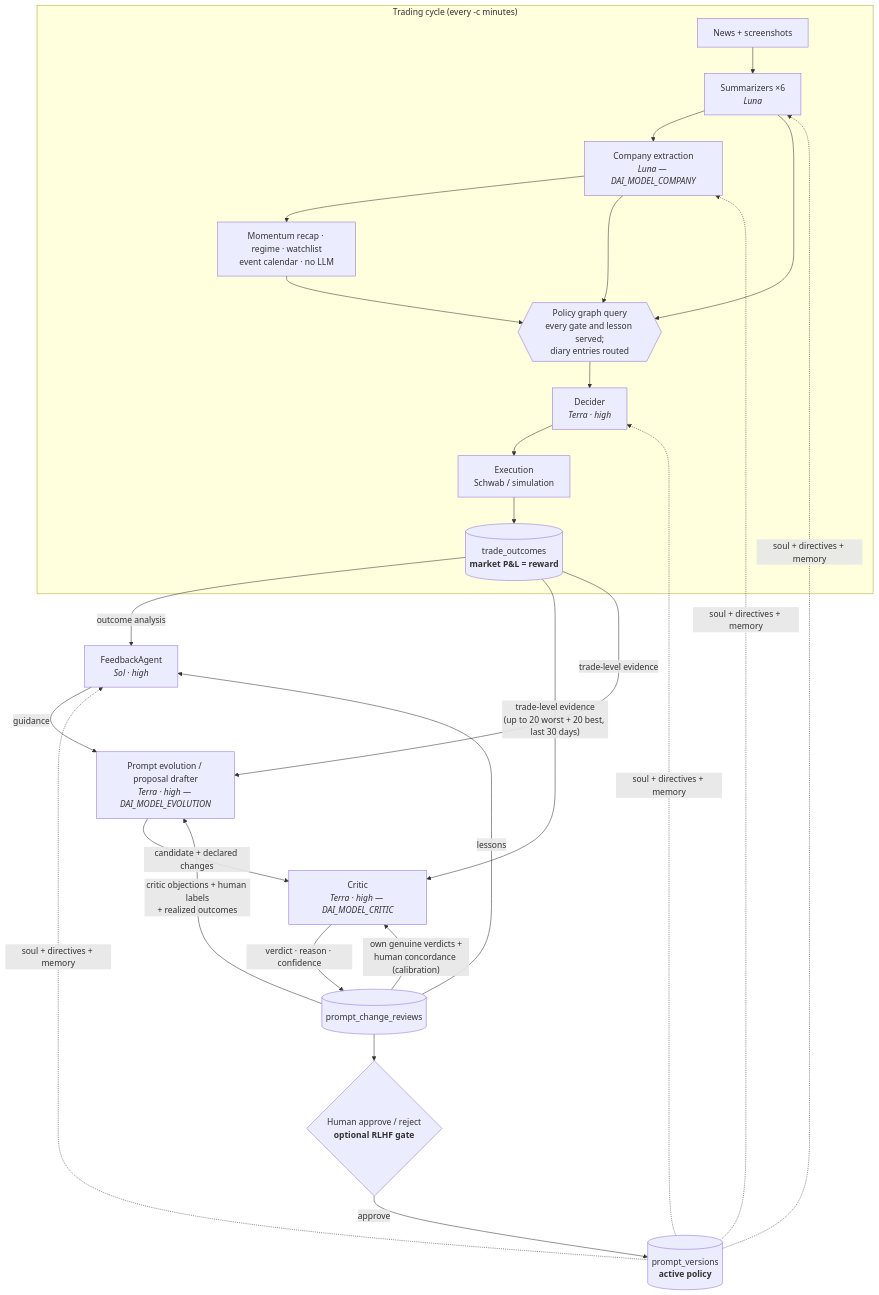
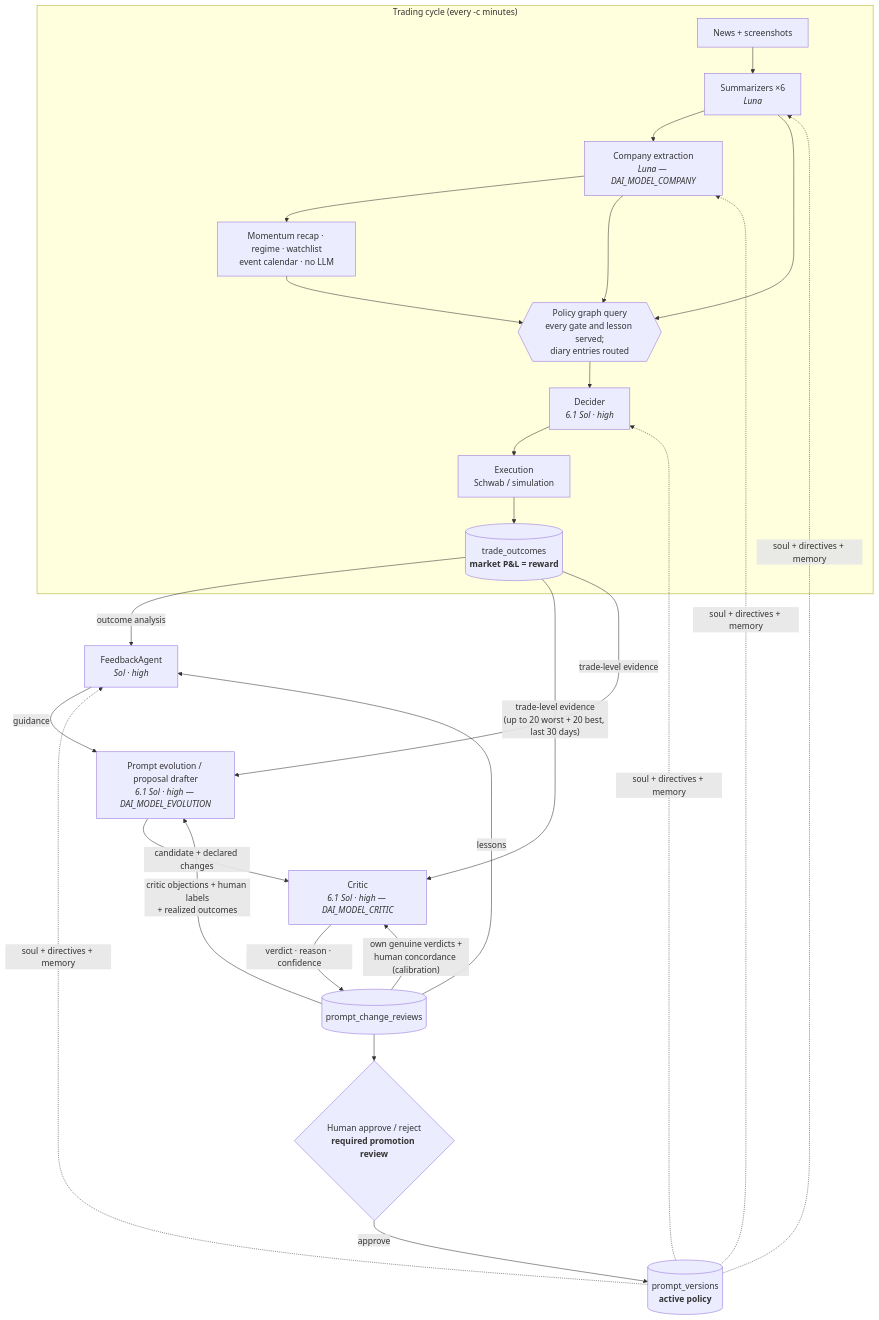
Before and after one commit to attdobi/d-ai-trader: the diagram in README.md, drawn with Mermaid. The commit also changed other lines of this file and 712 other files, not shown here.

````diff
--- a/README.md
+++ b/README.md
@@ -80,26 +141,26 @@
 ```mermaid
 flowchart TB
     subgraph CYCLE["Trading cycle (every -c minutes)"]
         NEWS[News + screenshots] --> SUM[Summarizers ×6<br/><i>Luna</i>]
         SUM --> CO[Company extraction<br/><i>Luna — DAI_MODEL_COMPANY</i>]
         CO --> TR[Momentum recap · regime · watchlist<br/>event calendar · no LLM]
         SUM & CO & TR --> KG{{Policy graph query<br/>every gate and lesson served;<br/>diary entries routed}}
-        KG --> DEC[Decider<br/><i>Terra · high</i>]
+        KG --> DEC[Decider<br/><i>6.1 Sol · high</i>]
         DEC --> EXEC[Execution<br/>Schwab / simulation]
         EXEC --> OUT[(trade_outcomes<br/><b>market P&L = reward</b>)]
     end
 
     OUT -->|outcome analysis| FB[FeedbackAgent<br/><i>Sol · high</i>]
-    FB -->|guidance| GEN[Prompt evolution / proposal drafter<br/><i>Terra · high — DAI_MODEL_EVOLUTION</i>]
-    GEN -->|candidate + declared changes| CRITIC[Critic<br/><i>Terra · high — DAI_MODEL_CRITIC</i>]
+    FB -->|guidance| GEN[Prompt evolution / proposal drafter<br/><i>6.1 Sol · high — DAI_MODEL_EVOLUTION</i>]
+    GEN -->|candidate + declared changes| CRITIC[Critic<br/><i>6.1 Sol · high — DAI_MODEL_CRITIC</i>]
     OUT -->|"trade-level evidence<br/>(up to 20 worst + 20 best, last 30 days)"| CRITIC
     OUT -->|trade-level evidence| GEN
     CRITIC -->|verdict · reason · confidence| REV[(prompt_change_reviews)]
-    REV --> HUMAN{Human approve / reject<br/><b>optional RLHF gate</b>}
+    REV --> HUMAN{Human approve / reject<br/><b>required promotion review</b>}
     HUMAN -->|approve| POL[(prompt_versions<br/><b>active policy</b>)]
     POL -.->|soul + directives + memory| SUM & CO & DEC & FB
 
     REV -->|"critic objections + human labels<br/>+ realized outcomes"| GEN
     REV -->|lessons| FB
     REV -->|"own genuine verdicts +<br/>human concordance (calibration)"| CRITIC
 ```
````
